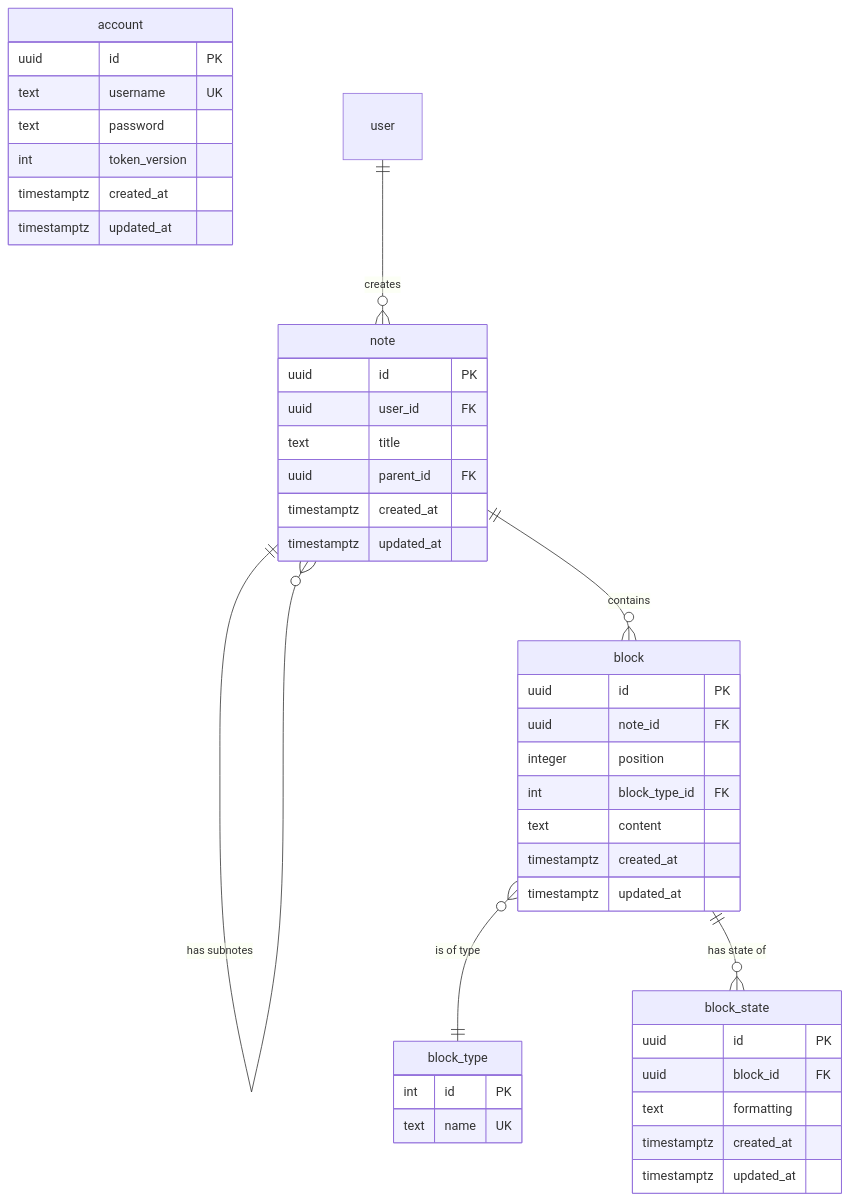
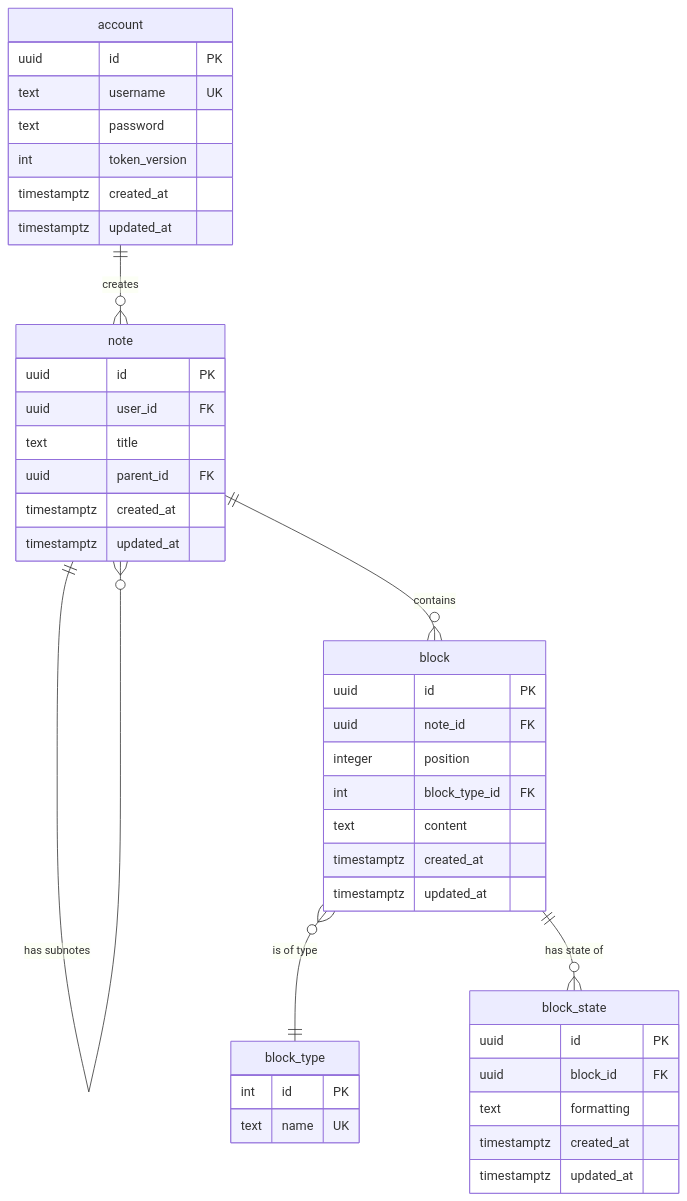
Before and after one commit to go-park-mail-ru/2026_1_WHITECROWSOFT: the diagram in normalized/ERdiagram.md, drawn with Mermaid.

Commit message:
[fix] diagram dependencies

````diff
--- a/normalized/ERdiagram.md
+++ b/normalized/ERdiagram.md
@@ -1,49 +1,49 @@
 ```mermaid
 erDiagram
     account {
         uuid id PK
         text username UK
         text password
         int token_version
         timestamptz created_at
         timestamptz updated_at
     }
     
     note {
         uuid id PK
         uuid user_id FK
         text title
         uuid parent_id FK
         timestamptz created_at
         timestamptz updated_at
     }
     
     block {
         uuid id PK
         uuid note_id FK
         integer position
         int block_type_id FK
         text content
         timestamptz created_at
         timestamptz updated_at
     }
 
     block_type {
         int id PK
         text name UK
     }
 
     block_state {
         uuid id PK
         uuid block_id FK
         text formatting
         timestamptz created_at
         timestamptz updated_at
     }
 
-    user ||--o{ note : "creates"
+    account ||--o{ note : "creates"
     note ||--o{ note : "has subnotes"
     note ||--o{ block : "contains"
     block }o--|| block_type : "is of type"
     block ||--o{ block_state : "has state of"
 ```
````
